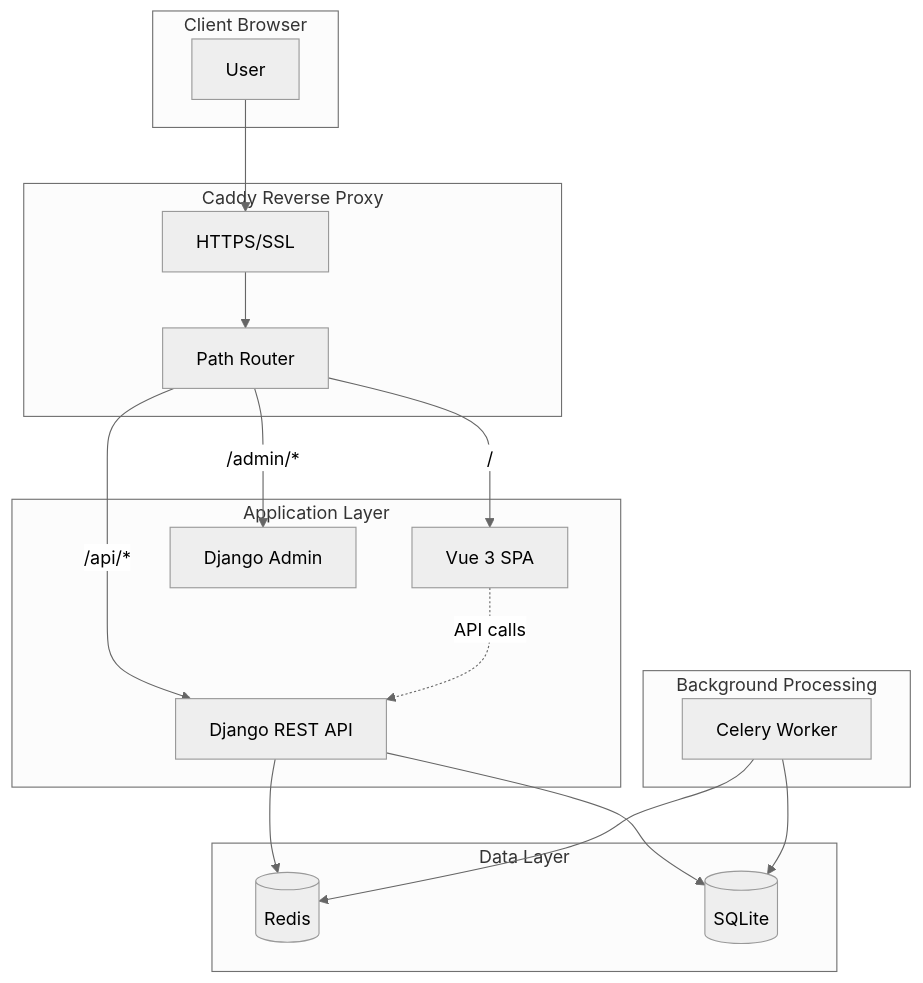
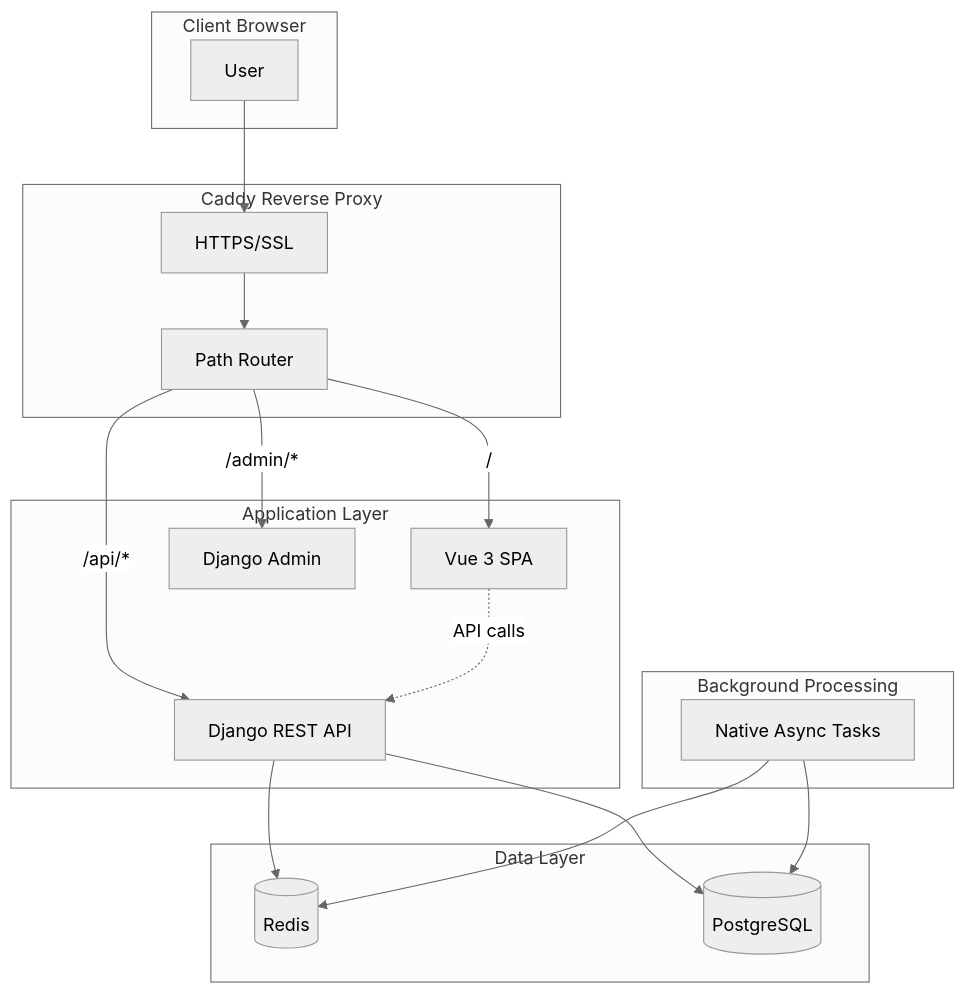
Before and after one commit to spaceCabbage/foolstack: the diagram in docs/README.md, drawn with Mermaid (neutral theme). The commit also changed other lines of this file and 31 other files, not shown here.

````diff
--- a/docs/README.md
+++ b/docs/README.md
@@ -51,40 +51,40 @@
 ```mermaid
 graph TB
     subgraph "Client Browser"
         User[User]
     end
 
     subgraph "Caddy Reverse Proxy"
         SSL[HTTPS/SSL]
         Router[Path Router]
     end
 
     subgraph "Application Layer"
         Vue[Vue 3 SPA]
         Django[Django REST API]
         Admin[Django Admin]
     end
 
     subgraph "Background Processing"
-        Celery[Celery Worker]
+        Tasks[Native Async Tasks]
     end
 
     subgraph "Data Layer"
         Redis[(Redis)]
-        SQLite[(SQLite)]
+        Postgres[(PostgreSQL)]
     end
 
     User --> SSL
     SSL --> Router
 
     Router -->|"/"| Vue
     Router -->|"/api/*"| Django
     Router -->|"/admin/*"| Admin
 
-    Django --> SQLite
+    Django --> Postgres
     Django --> Redis
-    Celery --> Redis
-    Celery --> SQLite
+    Tasks --> Postgres
+    Tasks --> Redis
 
     Vue -.->|"API calls"| Django
 ```
````
